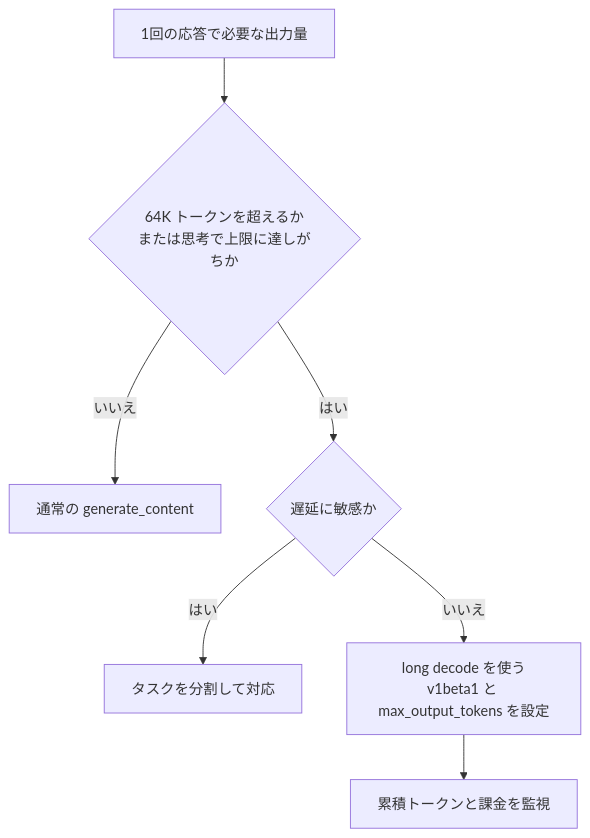
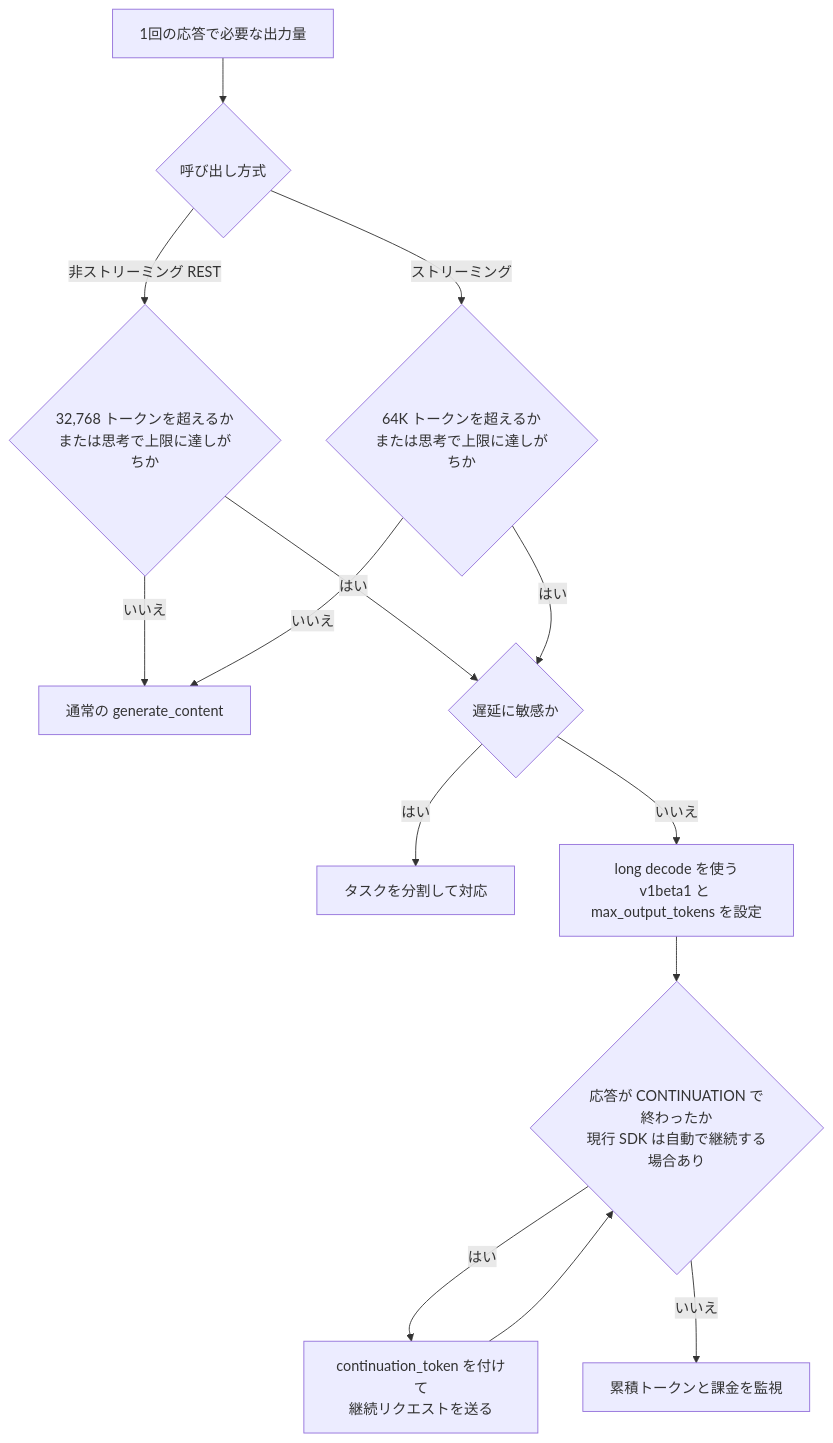
The fifth of 9 diagrams in Gemini-4-carbon-guide.md (myoshi2891/Comparison-of-LLMs), drawn with Mermaid before and after one commit. The commit also changed 4 other files, not shown here.

First line of the commit message:
docs(google): fix action limits, continuation flow, finish checks and guard returns in Gemini guides

````diff
--- a/Gemini-4-carbon-guide.md
+++ b/Gemini-4-carbon-guide.md
@@ -339,9 +339,16 @@
 ```mermaid
 flowchart TD
-    A["1回の応答で必要な出力量"] --> B{"64K トークンを超えるか<br/>または思考で上限に達しがちか"}
+    A["1回の応答で必要な出力量"] --> M{"呼び出し方式"}
+    M -- "ストリーミング" --> B{"64K トークンを超えるか<br/>または思考で上限に達しがちか"}
+    M -- "非ストリーミング REST" --> NB{"32,768 トークンを超えるか<br/>または思考で上限に達しがちか"}
+    NB -- "いいえ" --> C
+    NB -- "はい" --> D
     B -- "いいえ" --> C["通常の generate_content"]
     B -- "はい" --> D{"遅延に敏感か"}
     D -- "はい" --> E["タスクを分割して対応"]
     D -- "いいえ" --> F["long decode を使う<br/>v1beta1 と max_output_tokens を設定"]
-    F --> G["累積トークンと課金を監視"]
+    F --> CONT{"応答が CONTINUATION で終わったか<br/>現行 SDK は自動で継続する場合あり"}
+    CONT -- "はい" --> NEXT["continuation_token を付けて<br/>継続リクエストを送る"]
+    NEXT --> CONT
+    CONT -- "いいえ" --> G["累積トークンと課金を監視"]
 ```
````
